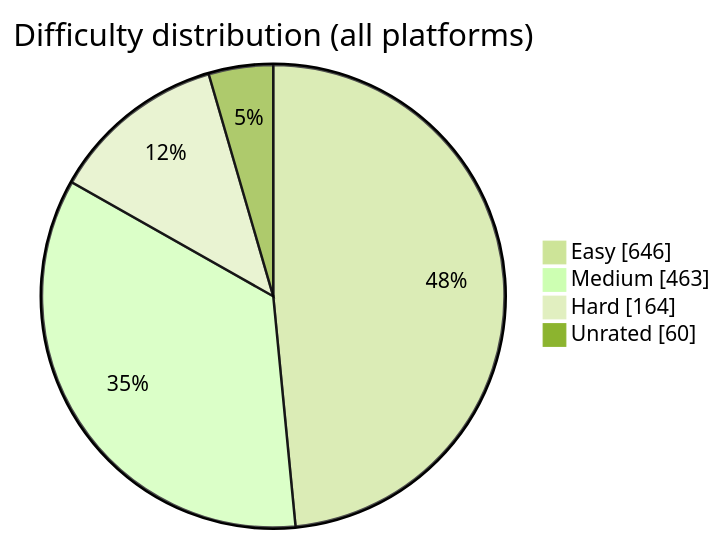
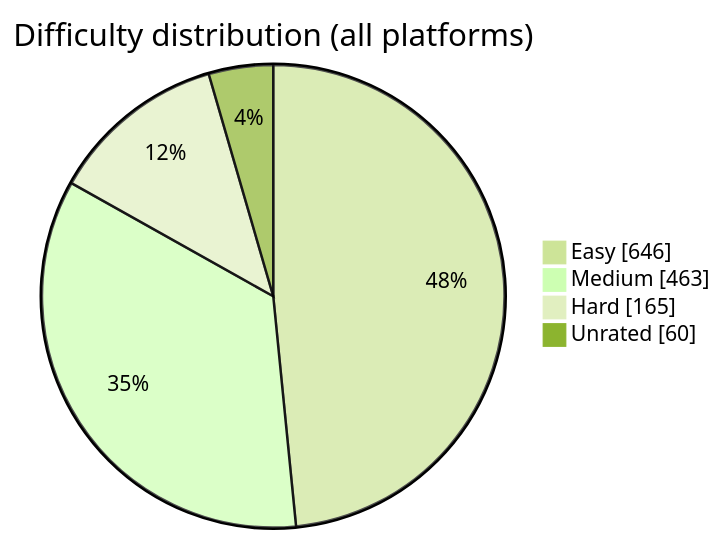
Before and after one commit to BuildbyArindam/Daily-Coding-Log: the diagram in README.md, drawn with Mermaid (forest theme). The commit also changed other lines of this file, not shown here.

````diff
--- a/README.md
+++ b/README.md
@@ -93,7 +93,7 @@
 ```mermaid
 pie showData title Difficulty distribution (all platforms)
     "Easy" : 646
     "Medium" : 463
-    "Hard" : 164
+    "Hard" : 165
     "Unrated" : 60
 ```
````
